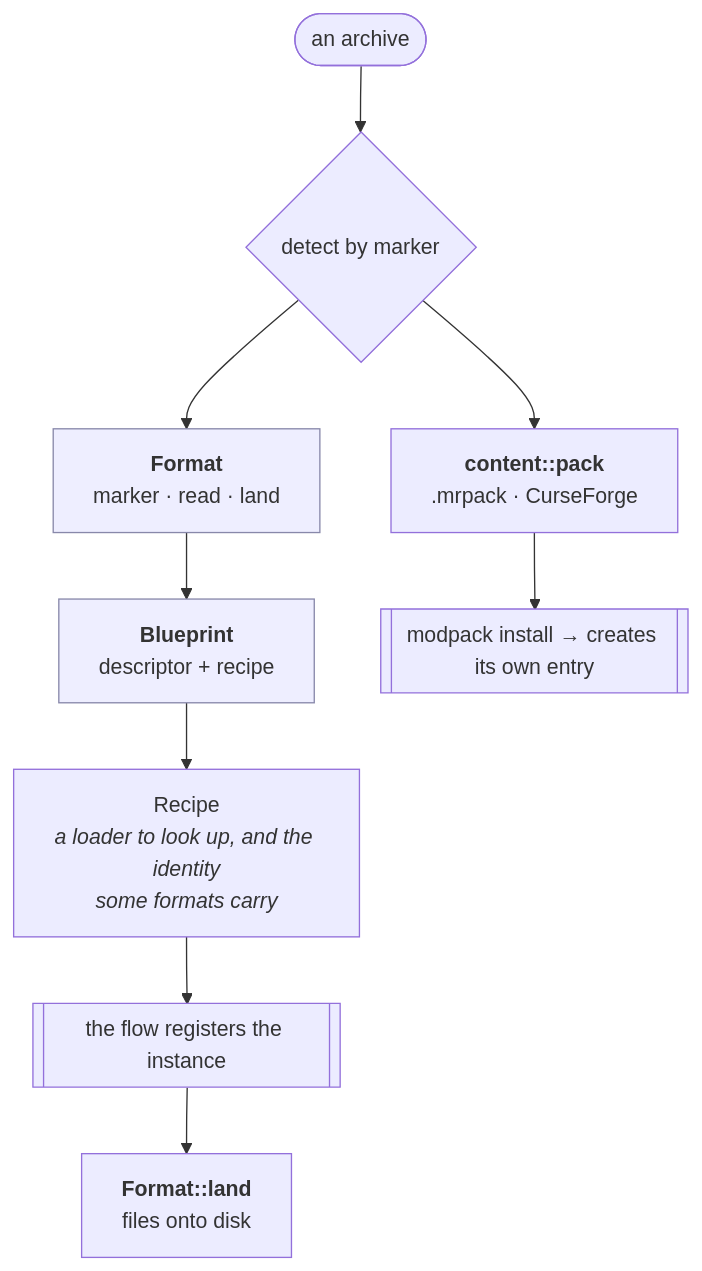
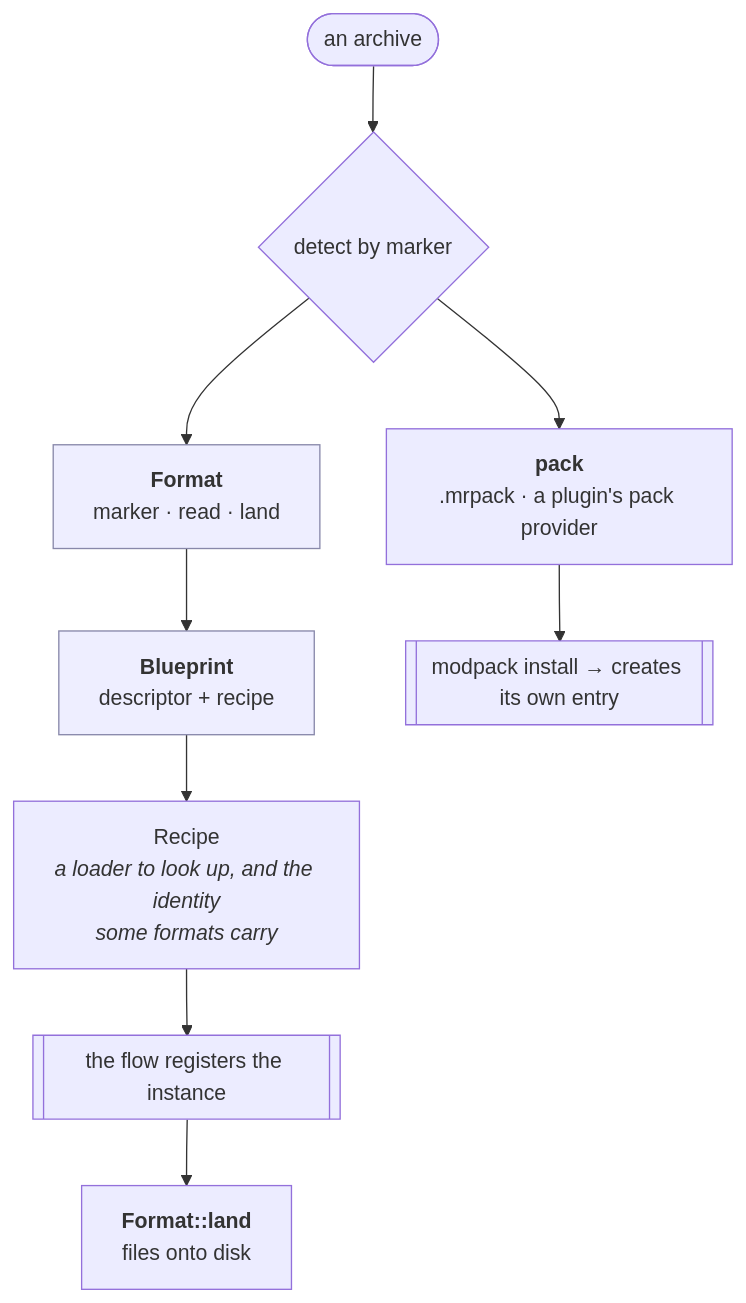
One commit to prytaneum/hestia changed the diagram in docs/architecture/transfer.md. Above: the diagram before and after it, drawn with Mermaid. The commit also changed other lines of this file and 8 other files, not shown here.

Commit message:
docs(plugins): pack provider kind, decision 0125

````diff
--- a/docs/architecture/transfer.md
+++ b/docs/architecture/transfer.md
@@ -43,14 +42,14 @@
 ```mermaid
 flowchart TD
     FILE([an archive]) --> DETECT{detect by marker}
     DETECT --> FMT["<b>Format</b><br/>marker · read · land"]
-    DETECT --> PACK["<b>content::pack</b><br/>.mrpack · CurseForge"]
+    DETECT --> PACK["<b>pack</b><br/>.mrpack · a plugin's pack provider"]
     FMT --> BP["<b>Blueprint</b><br/>descriptor + recipe"]
     BP --> RR["Recipe<br/><i>a loader to look up, and the identity<br/>some formats carry</i>"]
     RR --> CREATE[["the flow registers the instance"]]
     PACK --> MODPACK[["modpack install → creates its own entry"]]
     CREATE --> LAND["<b>Format::land</b><br/>files onto disk"]
 
     classDef seam fill:#eef,stroke:#88a
     class FMT,BP seam
 ```
````
